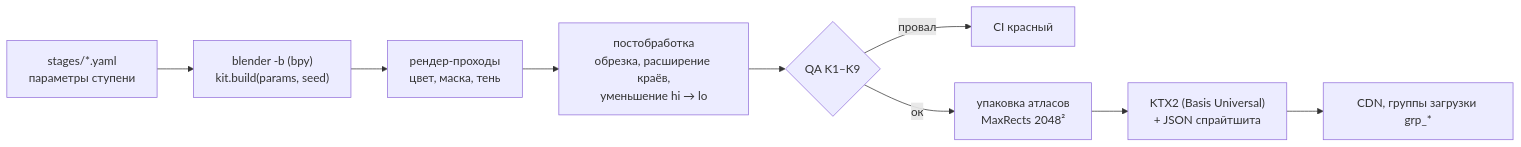
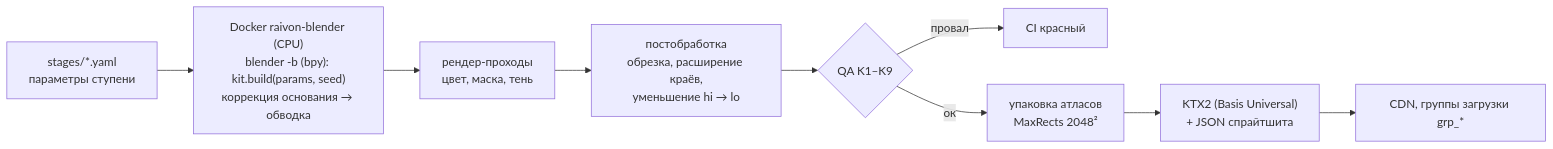
The third of 4 diagrams in docs/gdd/10_ui_ux_art.md (kaboomenko/Raivon), drawn with Mermaid before and after one commit. The commit also changed other lines of this file and 12 other files, not shown here.

````diff
--- a/docs/gdd/10_ui_ux_art.md
+++ b/docs/gdd/10_ui_ux_art.md
@@ -908,11 +966,11 @@
 ```mermaid
 flowchart LR
-  Y["stages/*.yaml<br/>параметры ступени"] --> B["blender -b (bpy)<br/>kit.build(params, seed)"]
+  Y["stages/*.yaml<br/>параметры ступени"] --> B["Docker raivon-blender (CPU)<br/>blender -b (bpy): kit.build(params, seed)<br/>коррекция основания → обводка"]
   B --> R["рендер-проходы<br/>цвет, маска, тень"]
   R --> P["постобработка<br/>обрезка, расширение краёв,<br/>уменьшение hi → lo"]
   P --> Q{"QA K1–K9"}
   Q -->|"провал"| X["CI красный"]
   Q -->|"ок"| A["упаковка атласов<br/>MaxRects 2048²"]
   A --> T["KTX2 (Basis Universal)<br/>+ JSON спрайтшита"]
   T --> C["CDN, группы загрузки grp_*"]
 ```
````
